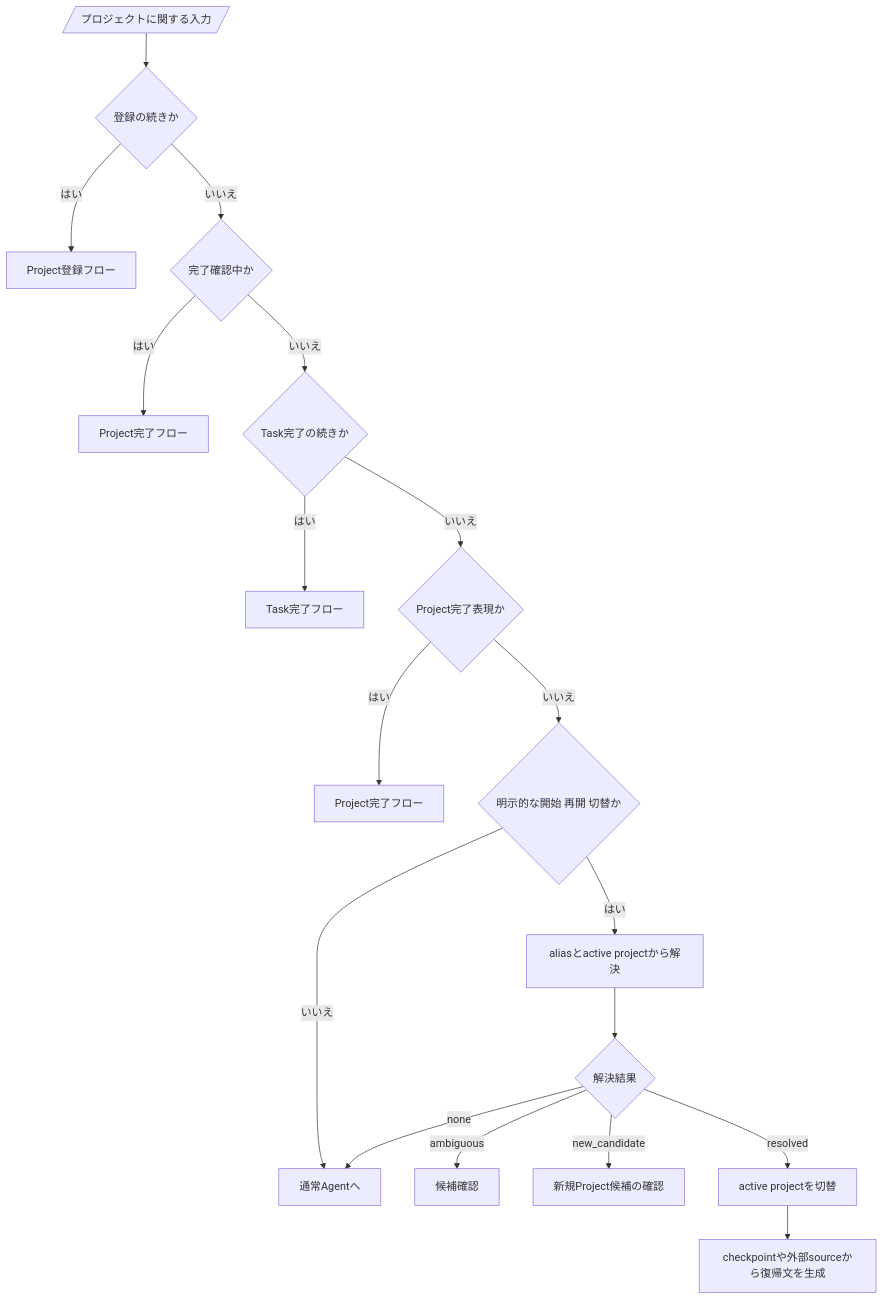
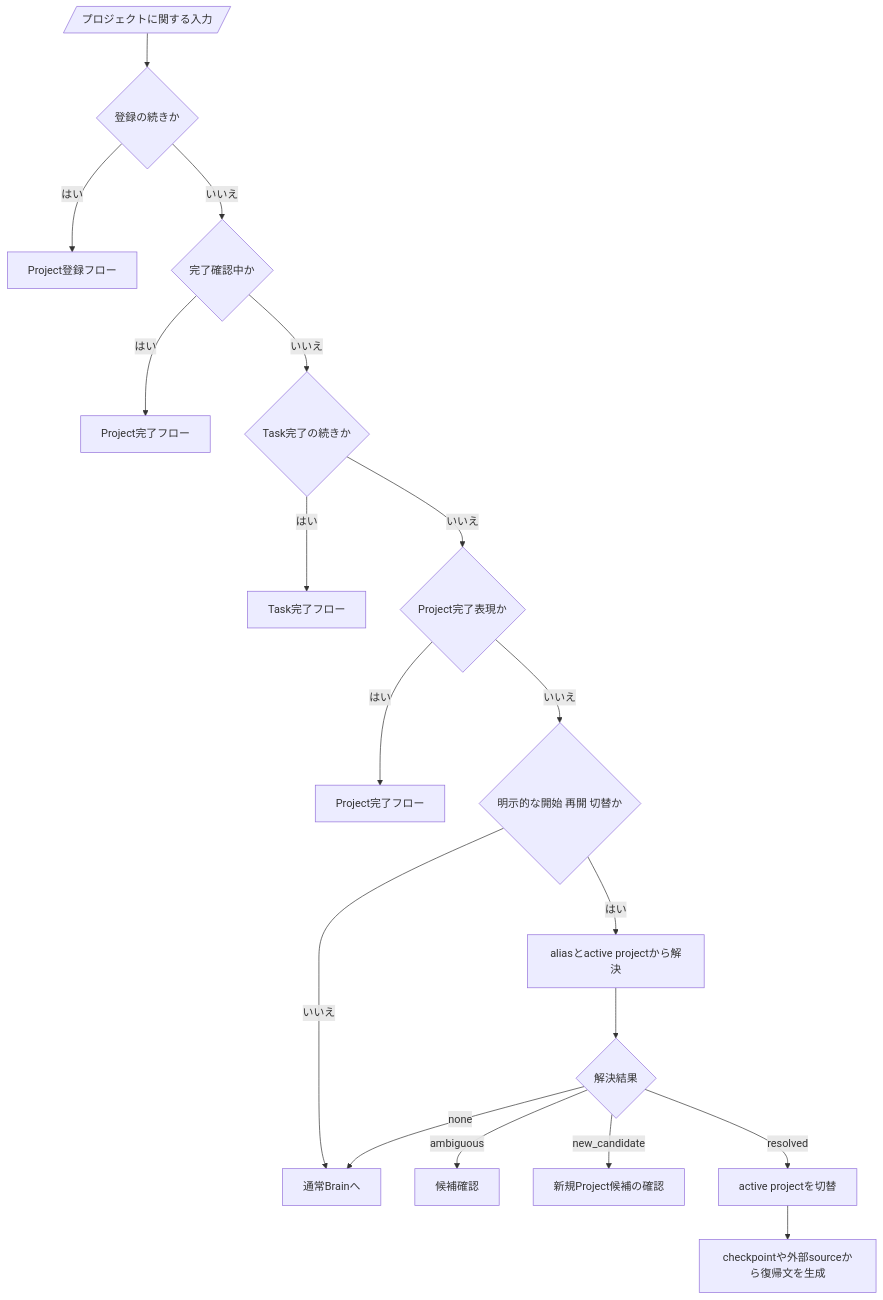
Diagram 12 of 14 in docs/runtime-flows.md (Soso2e/PETIT), drawn with Mermaid before and after one commit. The commit also changed other lines of this file, not shown here.

````diff
--- a/docs/runtime-flows.md
+++ b/docs/runtime-flows.md
@@ -410,36 +433,36 @@
 ```mermaid
 flowchart TD
     input[/プロジェクトに関する入力/]
     registration{登録の続きか}
     registrationHandle[Project登録フロー]
     completionDraft{完了確認中か}
     completionHandle[Project完了フロー]
     taskCompletion{Task完了の続きか}
     taskHandle[Task完了フロー]
     explicitCompletion{Project完了表現か}
     explicitHandle[Project完了フロー]
     action{明示的な開始 再開 切替か}
-    none[通常Agentへ]
+    none[通常Brainへ]
     resolve[aliasとactive projectから解決]
     kind{解決結果}
     ambiguous[候補確認]
     candidate[新規Project候補の確認]
     activate[active projectを切替]
     resume[checkpointや外部sourceから復帰文を生成]
 
     input --> registration
     registration -->|はい| registrationHandle
     registration -->|いいえ| completionDraft
     completionDraft -->|はい| completionHandle
     completionDraft -->|いいえ| taskCompletion
     taskCompletion -->|はい| taskHandle
     taskCompletion -->|いいえ| explicitCompletion
     explicitCompletion -->|はい| explicitHandle
     explicitCompletion -->|いいえ| action
     action -->|いいえ| none
     action -->|はい| resolve --> kind
     kind -->|ambiguous| ambiguous
     kind -->|new_candidate| candidate
     kind -->|resolved| activate --> resume
     kind -->|none| none
 ```
````
